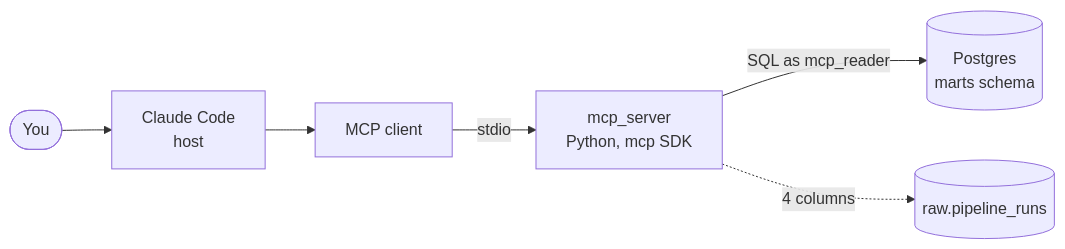
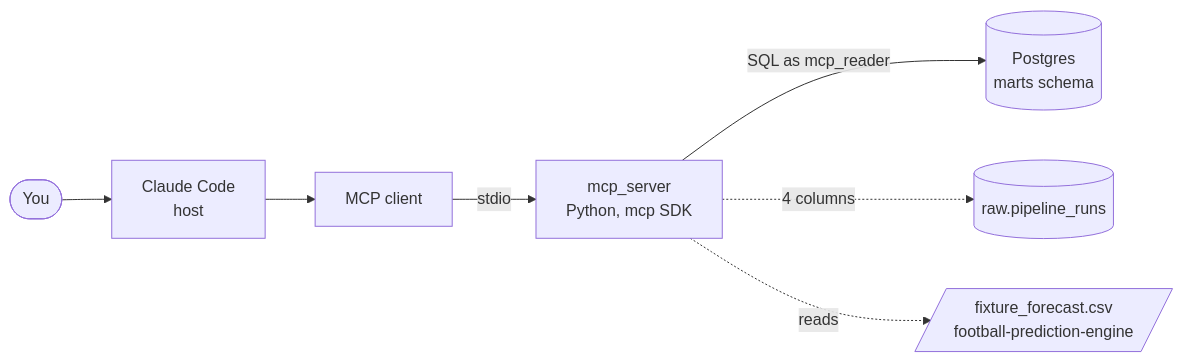
The fourth of 4 diagrams in README.md (yutsz1203/fpl-data-pipeline), drawn with Mermaid before and after one commit. The commit also changed other lines of this file and 9 other files, not shown here.

First line of the commit message:
feat: add fixture_outlook tool with forecast goals from the prediction engine

````diff
--- a/README.md
+++ b/README.md
@@ -180,8 +180,9 @@
 ```mermaid
 flowchart LR
     user([You]) --> host[Claude Code<br/>host]
     host --> client[MCP client]
     client -- stdio --> server[mcp_server<br/>Python, mcp SDK]
     server -- SQL as mcp_reader --> marts[(Postgres<br/>marts schema)]
     server -. 4 columns .-> runs[(raw.pipeline_runs)]
+    server -. reads .-> forecast[/fixture_forecast.csv<br/>football-prediction-engine/]
 ```
````
